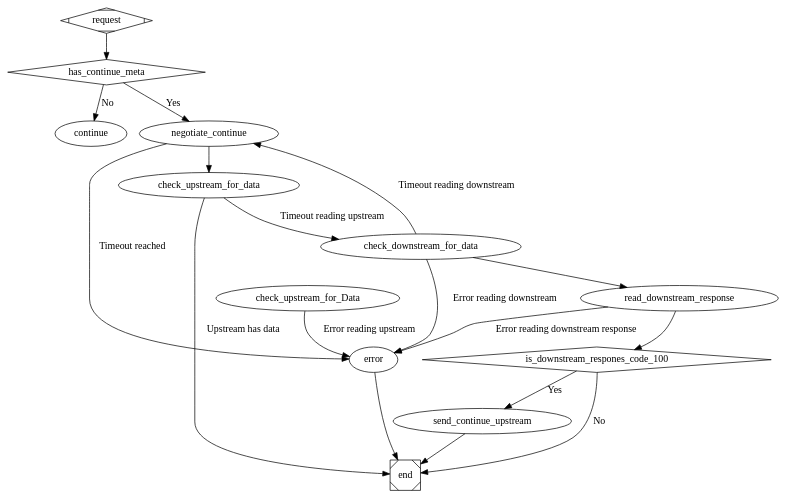
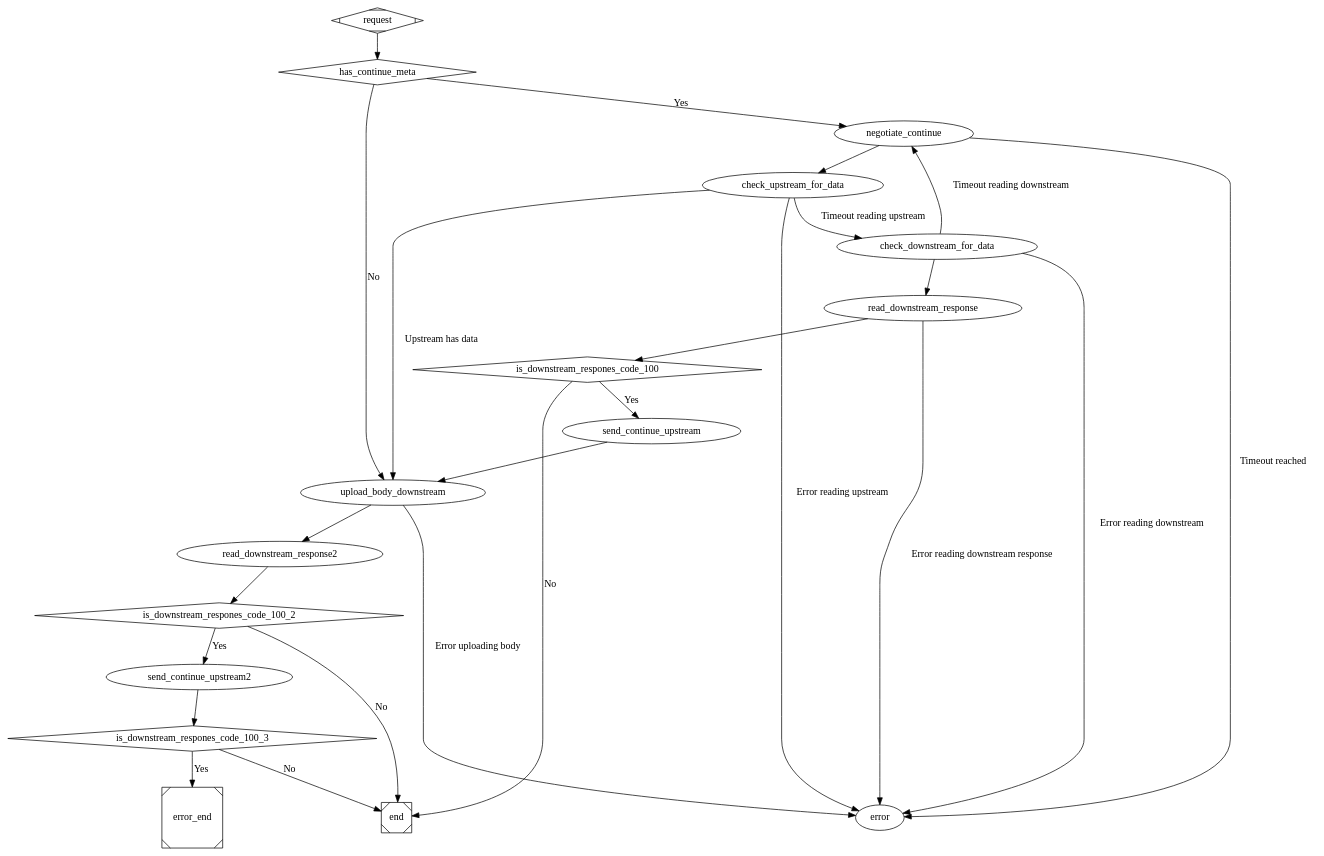
The diagram in doc/hstub_100_continue.dot (heroku/vegur), drawn with Graphviz before and after one commit.

Commit message:
Update 100-continue dotfile.

```diff
--- a/doc/hstub_100_continue.dot
+++ b/doc/hstub_100_continue.dot
@@ -1,23 +1,40 @@
 digraph hstub_100_continue {
+        { rank=same; error; end; }
         request [shape=Mdiamond];
         has_continue_meta [shape=diamond];
         is_downstream_respones_code_100 [shape=diamond];
         request -> has_continue_meta;
-        has_continue_meta -> continue [label="No"];
+        has_continue_meta -> upload_body_downstream [label="No"];
+
         has_continue_meta -> negotiate_continue [label="Yes"];
         negotiate_continue -> error [label="Timeout reached"];
         negotiate_continue -> check_upstream_for_data;
-        check_upstream_for_data -> end [label="Upstream has data"];
+        check_upstream_for_data -> upload_body_downstream [label="Upstream has data"];
         check_upstream_for_data -> check_downstream_for_data [label="Timeout reading upstream"];
-        check_upstream_for_Data -> error [label="Error reading upstream"];
+        check_upstream_for_data -> error [label="Error reading upstream"];
         check_downstream_for_data -> negotiate_continue [label="Timeout reading downstream"];
         check_downstream_for_data -> error [label="Error reading downstream"];
         check_downstream_for_data -> read_downstream_response;
         read_downstream_response -> error [label="Error reading downstream response"];
         read_downstream_response -> is_downstream_respones_code_100;
         is_downstream_respones_code_100 -> end [label="No"];
         is_downstream_respones_code_100 -> send_continue_upstream [label="Yes"];
-        send_continue_upstream -> end;
-        error -> end;
+
+        send_continue_upstream -> upload_body_downstream;
+
+        upload_body_downstream -> error [label="Error uploading body"];
+        upload_body_downstream -> read_downstream_response2;
+
+        is_downstream_respones_code_100_2 [shape=diamond]
+        read_downstream_response2 -> is_downstream_respones_code_100_2;
+        is_downstream_respones_code_100_2 -> send_continue_upstream2 [label="Yes"];
+        is_downstream_respones_code_100_2 -> end [label="No"];
+
+        is_downstream_respones_code_100_3 [shape=diamond]
+        send_continue_upstream2 -> is_downstream_respones_code_100_3;
+        is_downstream_respones_code_100_3 -> error_end [label="Yes"];
+        is_downstream_respones_code_100_3 -> end [label="No"];
+
+        error_end [shape=Msquare];
         end [shape=Msquare];
 }
```
